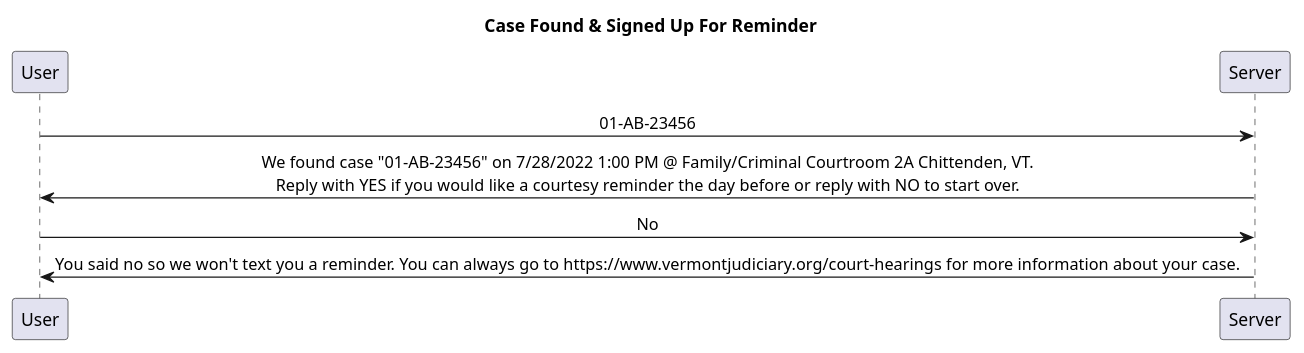
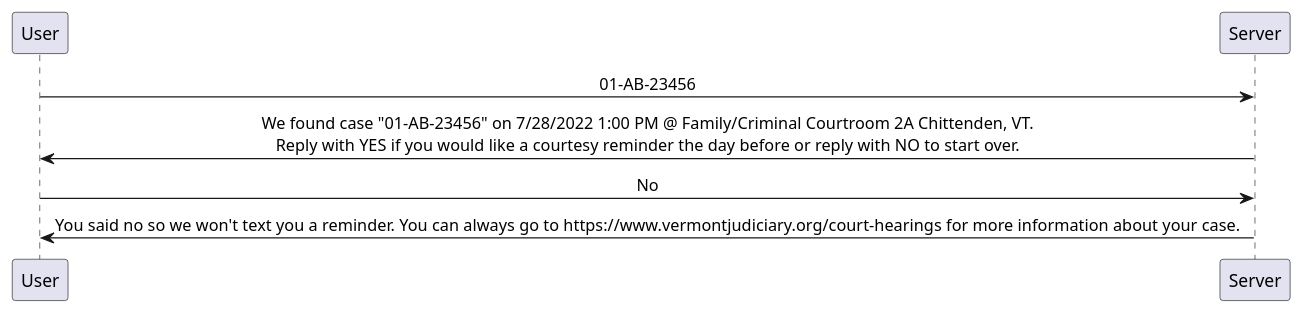
The diagram in docs/diagrams/case-found-no-reminder-set.puml (codeforbtv/courtbot-vt-frontend), drawn with PlantUML before and after one commit. The commit also changed 4 other files, not shown here.

Commit message:
removing diagram titles

```diff
--- a/docs/diagrams/case-found-no-reminder-set.puml
+++ b/docs/diagrams/case-found-no-reminder-set.puml
@@ -1,10 +1,8 @@
 @startuml
 skinparam sequenceMessageAlign center
-
-title Case Found & Signed Up For Reminder
 
 User -> Server: 01-AB-23456
 Server -> User: We found case "01-AB-23456" on 7/28/2022 1:00 PM @ Family/Criminal Courtroom 2A Chittenden, VT.\nReply with YES if you would like a courtesy reminder the day before or reply with NO to start over.
 User -> Server: No
 Server -> User: You said no so we won't text you a reminder. You can always go to https://www.vermontjudiciary.org/court-hearings for more information about your case.
 @enduml
```
